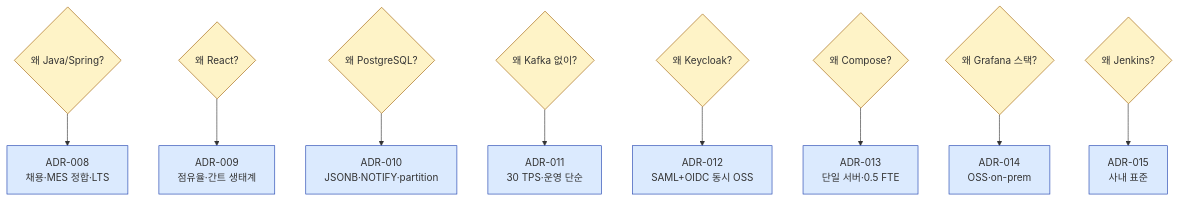
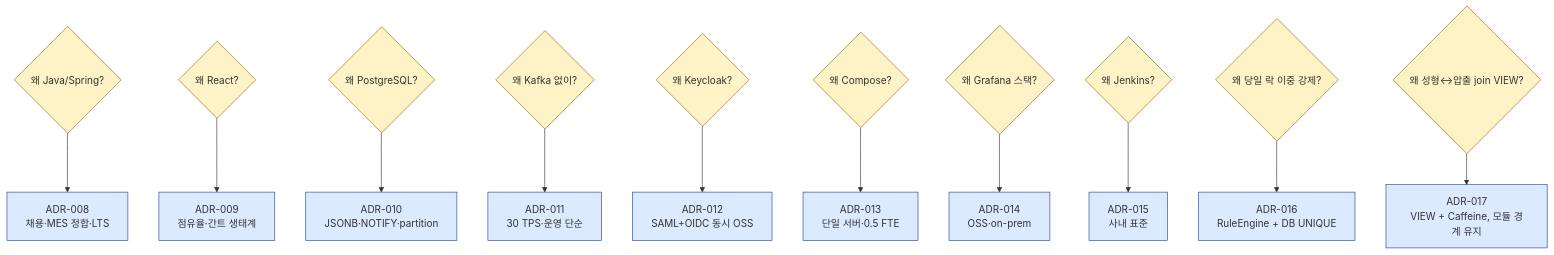
The sixth of 6 diagrams in Phase 2/3.SAD/SAD-001_공정스케줄링시스템_v1.0.md (hjh890989-web/Internal-Production-Scheduling-Project), drawn with Mermaid before and after one commit. The commit also changed other lines of this file, not shown here.

````diff
--- a/Phase 2/3.SAD/SAD-001_공정스케줄링시스템_v1.0.md
+++ b/Phase 2/3.SAD/SAD-001_공정스케줄링시스템_v1.0.md
@@ -890,14 +972,16 @@
 ```mermaid
 flowchart TD
     Q1{왜 Java/Spring?}:::q --> A1[ADR-008<br>채용·MES 정합·LTS]:::a
     Q2{왜 React?}:::q --> A2[ADR-009<br>점유율·간트 생태계]:::a
     Q3{왜 PostgreSQL?}:::q --> A3[ADR-010<br>JSONB·NOTIFY·partition]:::a
     Q4{왜 Kafka 없이?}:::q --> A4[ADR-011<br>30 TPS·운영 단순]:::a
     Q5{왜 Keycloak?}:::q --> A5[ADR-012<br>SAML+OIDC 동시 OSS]:::a
     Q6{왜 Compose?}:::q --> A6[ADR-013<br>단일 서버·0.5 FTE]:::a
     Q7{왜 Grafana 스택?}:::q --> A7[ADR-014<br>OSS·on-prem]:::a
     Q8{왜 Jenkins?}:::q --> A8[ADR-015<br>사내 표준]:::a
+    Q9{왜 당일 락 이중 강제?}:::q --> A9[ADR-016<br>RuleEngine + DB UNIQUE]:::a
+    Q10{왜 성형↔압출 join VIEW?}:::q --> A10[ADR-017<br>VIEW + Caffeine, 모듈 경계 유지]:::a
 
     classDef q fill:#fef3c7,stroke:#a16207
     classDef a fill:#dbeafe,stroke:#1e40af
 ```
````
